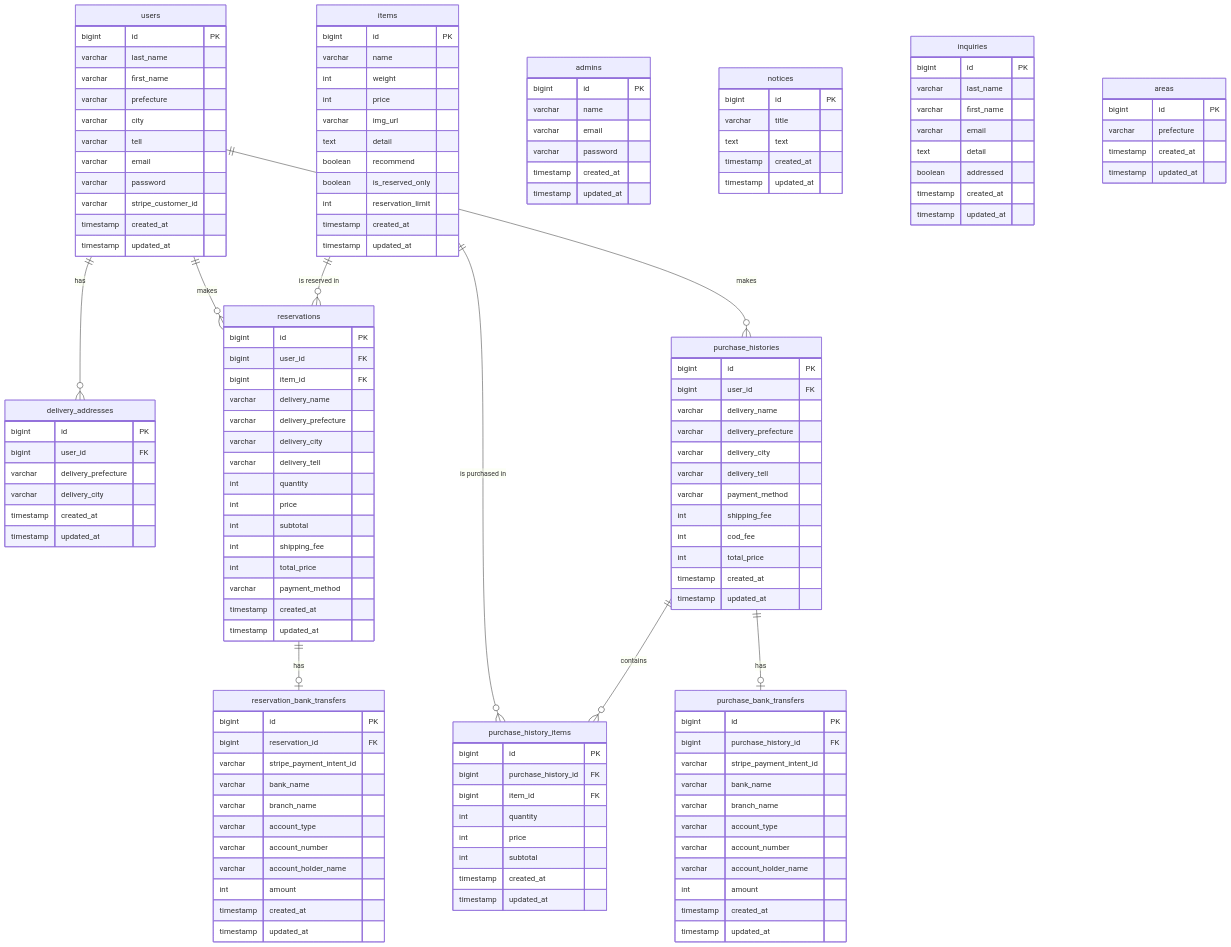
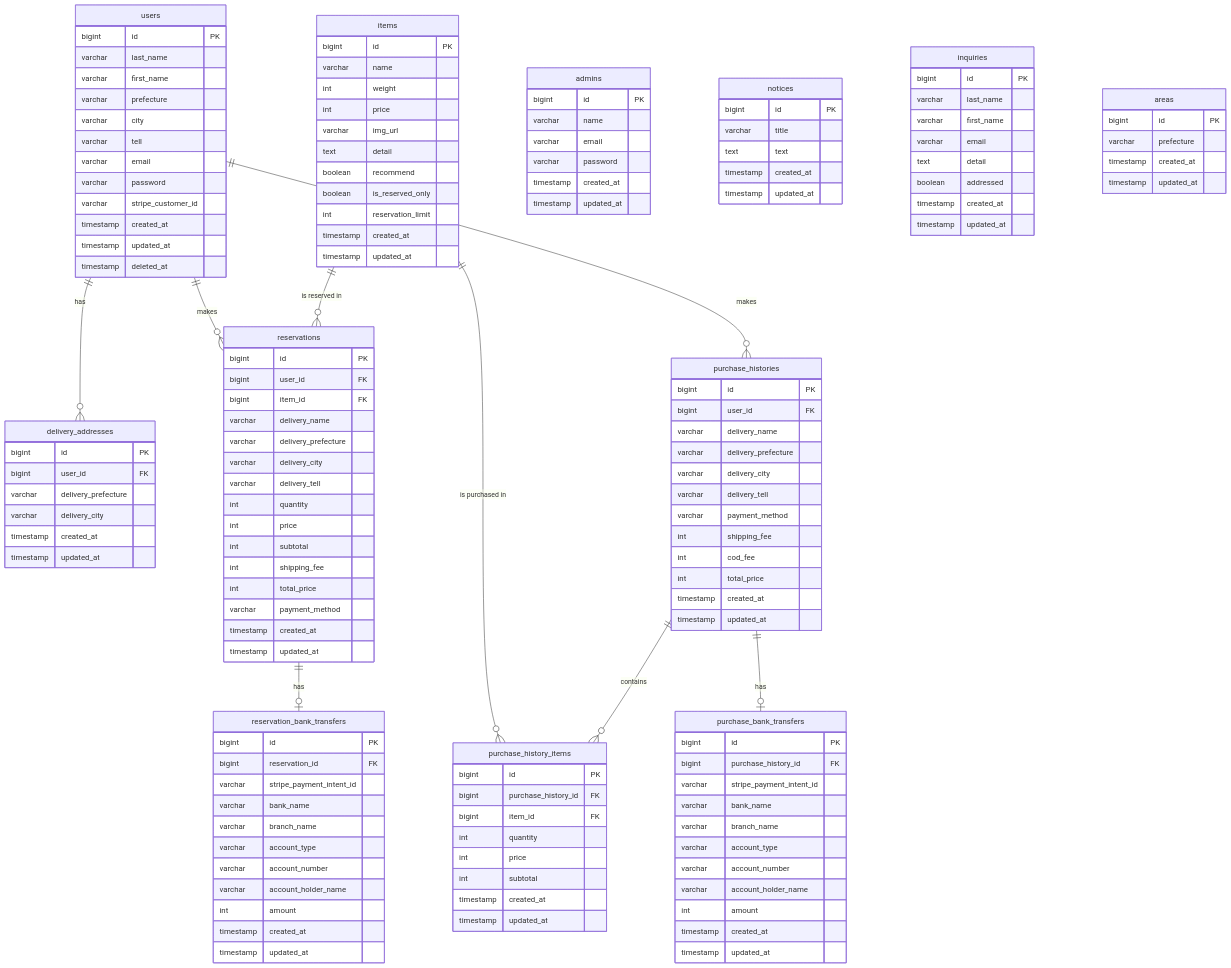
The diagram in docs/06-er-diagram.md (basstuba/shioyafarm), drawn with Mermaid before and after one commit. The commit also changed 205 other files, not shown here.

```diff
--- a/docs/06-er-diagram.md
+++ b/docs/06-er-diagram.md
@@ -29,6 +29,7 @@
         varchar stripe_customer_id
         timestamp created_at
         timestamp updated_at
+        timestamp deleted_at
     }
 
     delivery_addresses {
```
